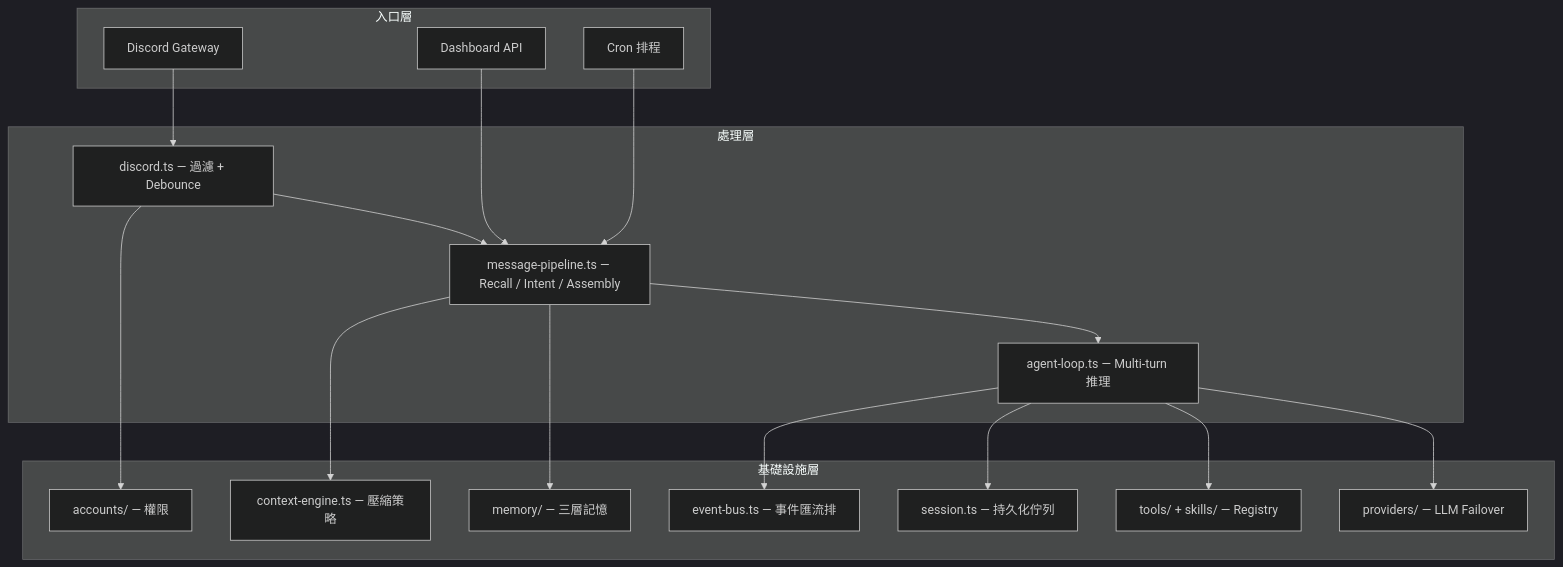
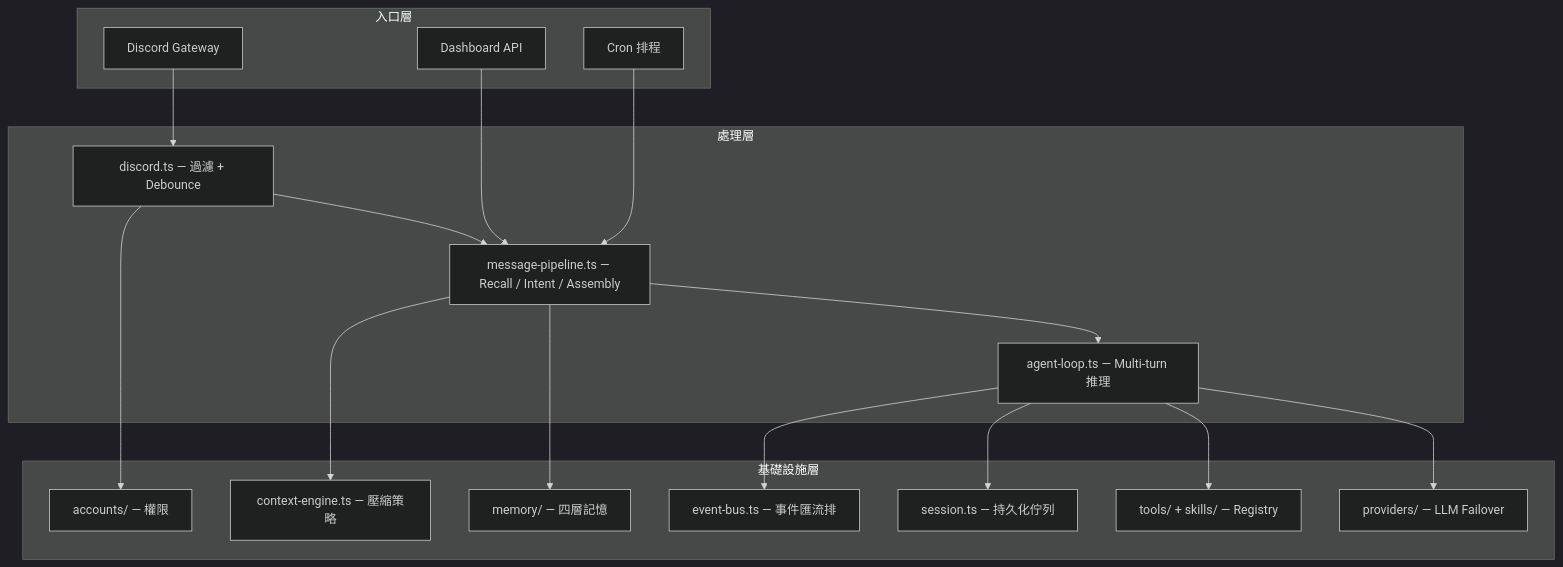
Before and after one commit to wellstseng/claude_discord: the diagram in wiki/Architecture.md, drawn with Mermaid (dark theme). The commit also changed other lines of this file and 6 other files, not shown here.

````diff
--- a/wiki/Architecture.md
+++ b/wiki/Architecture.md
@@ -7,35 +7,35 @@
 ```mermaid
 graph TB
     subgraph "入口層"
         DGW[Discord Gateway]
         API[Dashboard API]
         CRON[Cron 排程]
     end
 
     subgraph "處理層"
         DSC[discord.ts — 過濾 + Debounce]
         MPL[message-pipeline.ts — Recall / Intent / Assembly]
         AGL[agent-loop.ts — Multi-turn 推理]
     end
 
     subgraph "基礎設施層"
         PRV[providers/ — LLM Failover]
-        MEM[memory/ — 三層記憶]
+        MEM[memory/ — 四層記憶]
         CTX[context-engine.ts — 壓縮策略]
         TRG[tools/ + skills/ — Registry]
         SES[session.ts — 持久化佇列]
         ACC[accounts/ — 權限]
         EVT[event-bus.ts — 事件匯流排]
     end
 
     DGW --> DSC --> MPL --> AGL
     API --> MPL
     CRON --> MPL
     AGL --> PRV
     AGL --> TRG
     MPL --> MEM
     MPL --> CTX
     AGL --> SES
     AGL --> EVT
     DSC --> ACC
 ```
````
